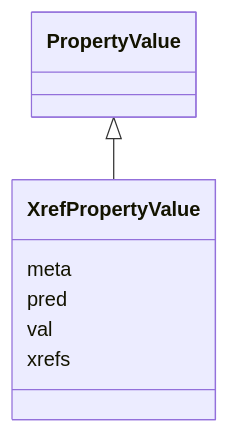
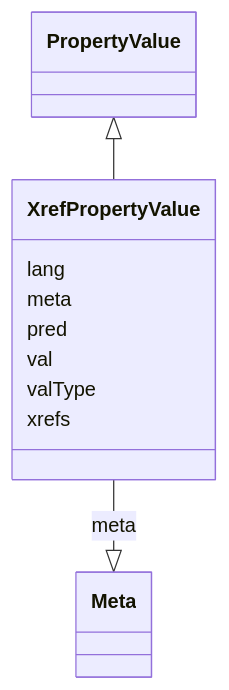
The diagram in obograph/XrefPropertyValue.md (cthoyt/ontology-access-kit), drawn with Mermaid before and after one commit. The commit also changed other lines of this file and 3287 other files, not shown here.

````diff
--- a/obograph/XrefPropertyValue.md
+++ b/obograph/XrefPropertyValue.md
@@ -11,11 +14,21 @@
 ```{mermaid}
  classDiagram
     class XrefPropertyValue
       PropertyValue <|-- XrefPropertyValue
       
+      XrefPropertyValue : lang
+        
       XrefPropertyValue : meta
+        
+          XrefPropertyValue --|> Meta : meta
+        
       XrefPropertyValue : pred
+        
       XrefPropertyValue : val
+        
+      XrefPropertyValue : valType
+        
       XrefPropertyValue : xrefs
+        
       
 ```
````
